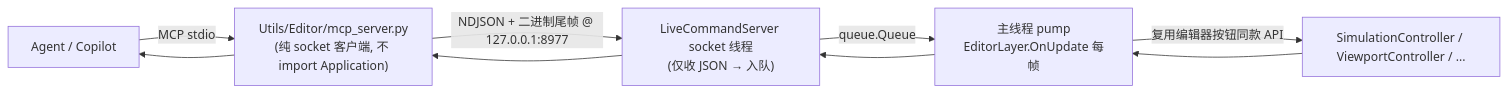
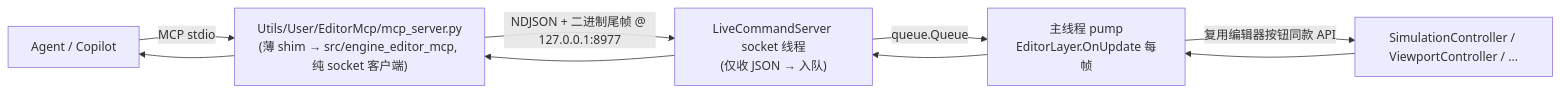
One commit to LeyeFang/FlyVibing-Engine changed the diagram in Doc/Dev/editor_live_protocol.md. Above: the diagram before and after it, drawn with Mermaid. The commit also changed other lines of this file and 62 other files, not shown here.

Commit message:
20261002 MCP standalone + validation internalize + installer; Utils Dev/User split; wheelhouse untrack

````diff
--- a/Doc/Dev/editor_live_protocol.md
+++ b/Doc/Dev/editor_live_protocol.md
@@ -12,8 +12,8 @@
 ```mermaid
 flowchart LR
-    A[Agent / Copilot] -- "MCP stdio" --> B["Utils/Editor/mcp_server.py<br/>(纯 socket 客户端, 不 import Application)"]
+    A[Agent / Copilot] -- "MCP stdio" --> B["Utils/User/EditorMcp/mcp_server.py<br/>(薄 shim → src/engine_editor_mcp, 纯 socket 客户端)"]
     B -- "NDJSON + 二进制尾帧 @ 127.0.0.1:8977" --> C["LiveCommandServer socket 线程<br/>(仅收 JSON → 入队)"]
     C -- "queue.Queue" --> D["主线程 pump<br/>EditorLayer.OnUpdate 每帧"]
     D -- "复用编辑器按钮同款 API" --> E["SimulationController / ViewportController / ..."]
     E --> D --> C --> B --> A
 ```
````
